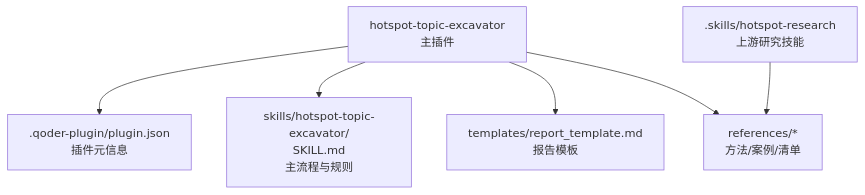
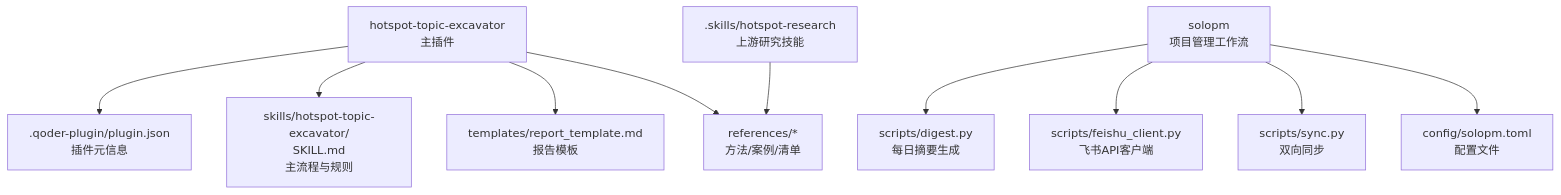
Before and after one commit to John198912/hermes_workspace: the first of 9 diagrams in .qoder/repowiki/zh/content/项目概述.md, drawn with Mermaid. The commit also changed other lines of this file and 3 other files, not shown here.

````diff
--- a/.qoder/repowiki/zh/content/项目概述.md
+++ b/.qoder/repowiki/zh/content/项目概述.md
@@ -45,8 +59,12 @@
 ```mermaid
 graph TB
 A["hotspot-topic-excavator<br/>主插件"] --> B[".qoder-plugin/plugin.json<br/>插件元信息"]
 A --> C["skills/hotspot-topic-excavator/<br/>SKILL.md<br/>主流程与规则"]
 A --> D["templates/report_template.md<br/>报告模板"]
 A --> E["references/*<br/>方法/案例/清单"]
 F[".skills/hotspot-research<br/>上游研究技能"] --> E
+G["solopm<br/>项目管理工作流"] --> H["scripts/digest.py<br/>每日摘要生成"]
+G --> I["scripts/feishu_client.py<br/>飞书API客户端"]
+G --> J["scripts/sync.py<br/>双向同步"]
+G --> K["config/solopm.toml<br/>配置文件"]
 ```
````
